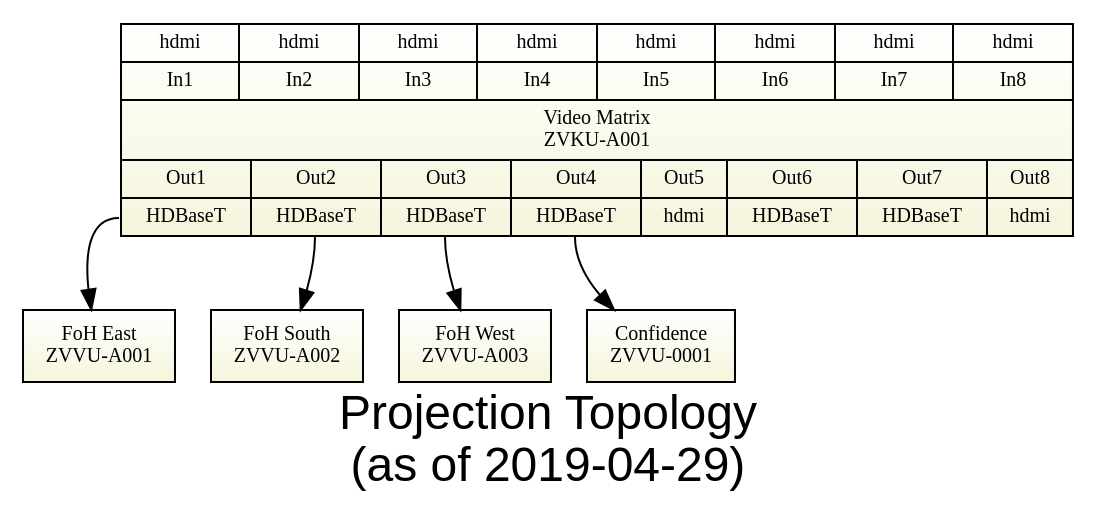
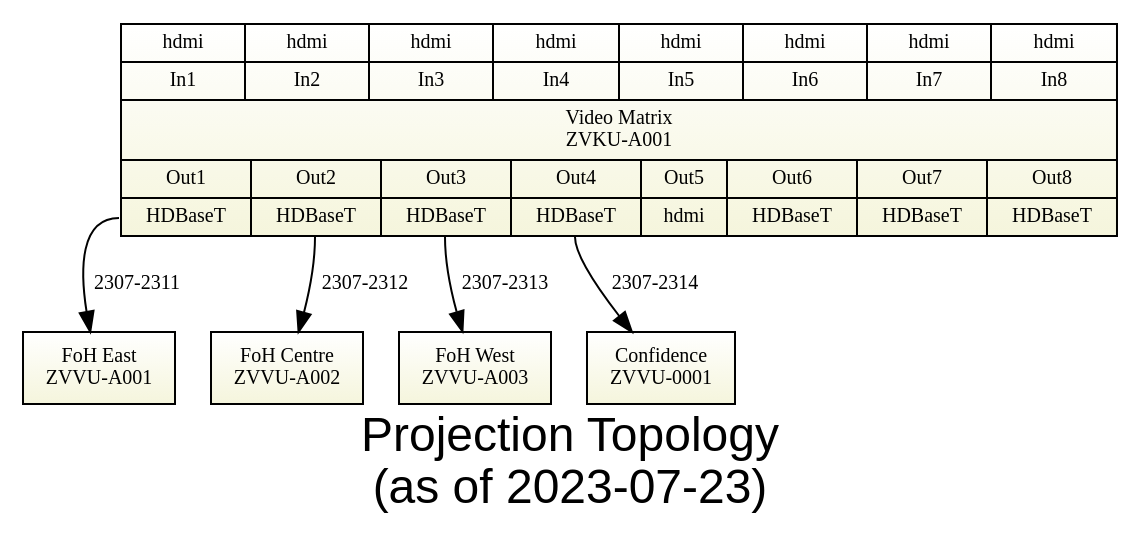
One commit to avmaint/uactechdoc changed the diagram in sdv-topology2-projection.gv. Above: the diagram before and after it, drawn with Graphviz. The commit also changed 10 other files, not shown here.

```diff
--- a/sdv-topology2-projection.gv
+++ b/sdv-topology2-projection.gv
@@ -1,28 +1,26 @@
-digraph presentationswitch { 
+digraph projectiontopology { 
 graph [overlap = true, fontsize = 24, 
-      label="Projection Topology\n(as of 2019-04-29)",
+      label="Projection Topology\n(as of 2023-07-23)",
       fontname = Helvetica]
     
 node [shape=record, style=filled , fillcolor="white:beige",fontsize = 10,  
       gradientangle=270]
-pswitch [label="{
+zvkua001 [label="{
   {{<i1>hdmi|In1}|{<i2>hdmi|In2}|{<i3>hdmi|In3}|{<i4>hdmi|In4}|{<i5>hdmi|In5}|{<i6>hdmi|In6}|{<i7>hdmi|In7}|{<i8>hdmi|In8}}
   |Video Matrix\nZVKU-A001|
-  {{Out1|<o1>HDBaseT}|{Out2|<o2>HDBaseT}|{Out3|<o3>HDBaseT}|{Out4|<o4>HDBaseT}|{Out5|<o5>hdmi}|{Out6|<o6>HDBaseT}|{Out7|<o7>HDBaseT}|{Out8|<o8>hdmi} } }"]
+  {{Out1|<o1>HDBaseT}|{Out2|<o2>HDBaseT}|{Out3|<o3>HDBaseT}|{Out4|<o4>HDBaseT}|{Out5|<o5>hdmi}|{Out6|<o6>HDBaseT}|{Out7|<o7>HDBaseT}|{Out8|<o8>HDBaseT} } }"]
   
 node [shape=record, tooltip="" ]
  
-newprje [label="{FoH East\nZVVU-A001}"] 
-newprjs [label="{FoH South\nZVVU-A002}"]
-newprjw [label="{FoH West\nZVVU-A003}"]
+zvvua001 [label="{FoH East\nZVVU-A001}"] 
+zvvua002 [label="{FoH Centre\nZVVU-A002}"]
+zvvua003 [label="{FoH West\nZVVU-A003}"]
+zvvu0001 [label="{Confidence\nZVVU-0001}", tooltip="Rear Projector"]
+   
+zvkua001:o1 -> zvvua001 [label="2307-2311" fontsize=10]
+zvkua001:o2 -> zvvua002 [label="2307-2312" fontsize=10]
+zvkua001:o3 -> zvvua003 [label="2307-2313" fontsize=10]
+zvkua001:o4 -> zvvu0001 [label="2307-2314" fontsize=10] 
   
-pswitch:o1 -> newprje 
-pswitch:o2 -> newprjs
-pswitch:o3 -> newprjw
- 
-rohproj  [label="{Confidence\nZVVU-0001}", tooltip="Rear Projector"]
- 
-pswitch:o4 -> rohproj  
- 
-{rank=same; newprjw; newprjs; newprje; rohproj;  }
+{rank=same; zvvua003; zvvua002; zvvua001; zvvu0001;  }
 } 
```
